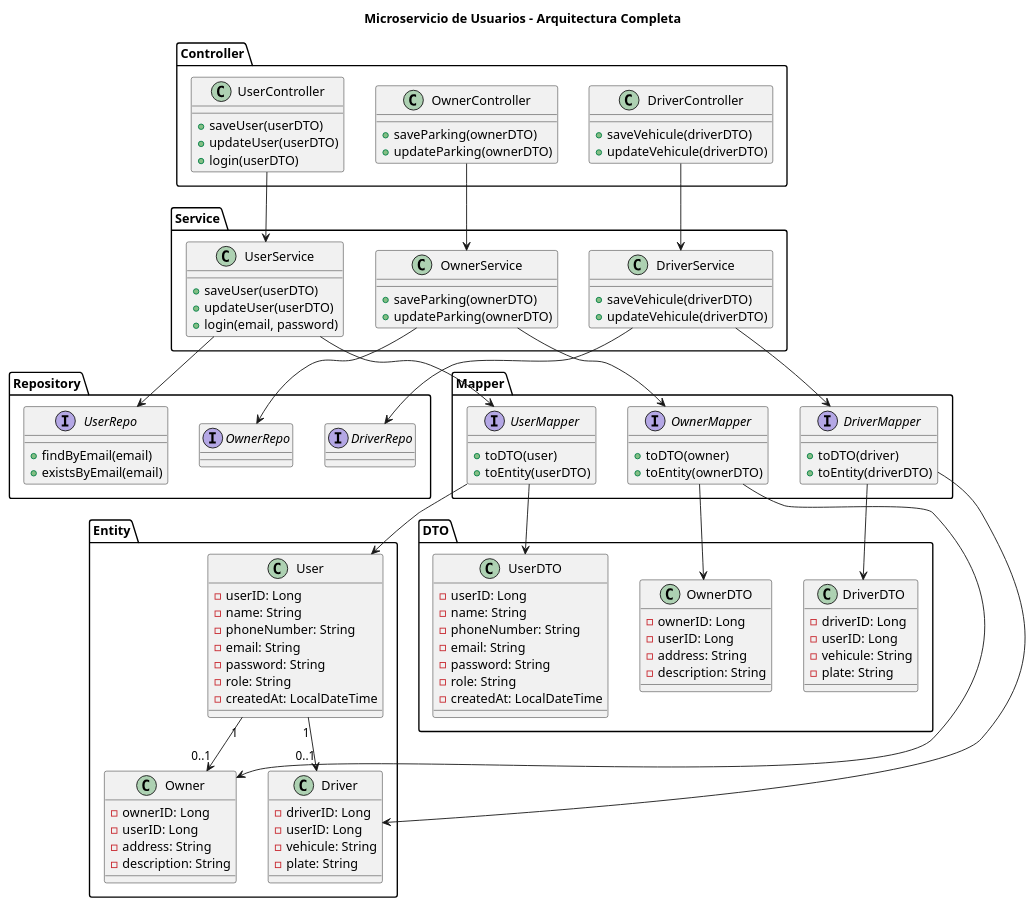
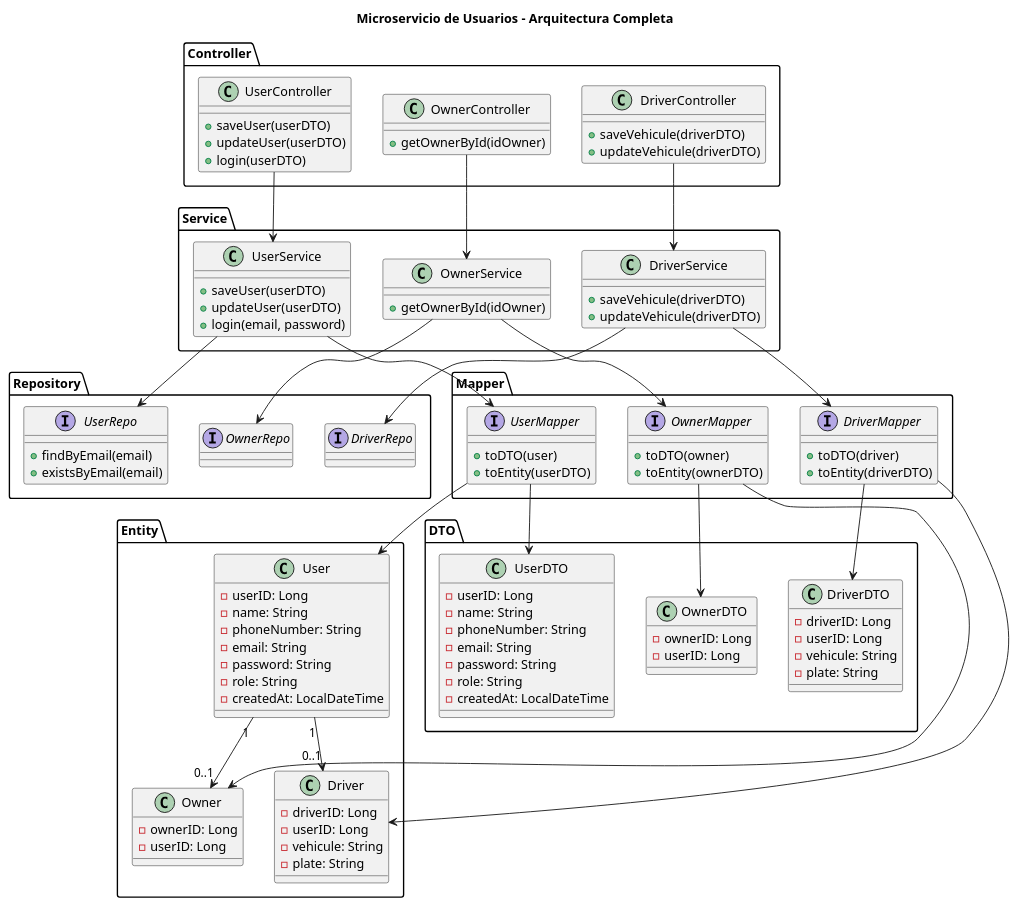
The diagram in user/Diagrama.md (JordiGD/EasyPark), drawn with PlantUML before and after one commit. The commit also changed 35 other files, not shown here.

```diff
--- a/user/Diagrama.md
+++ b/user/Diagrama.md
@@ -17,8 +17,7 @@
   }
 
   class OwnerController {
-    + saveParking(ownerDTO)
-    + updateParking(ownerDTO)
+    + getOwnerById(idOwner)
   }
 }
 
@@ -38,8 +37,7 @@
   }
 
   class OwnerService {
-    + saveParking(ownerDTO)
-    + updateParking(ownerDTO)
+    + getOwnerById(idOwner)
   }
 }
 
@@ -80,8 +78,6 @@
   class Owner {
     - ownerID: Long
     - userID: Long
-    - address: String
-    - description: String
   }
 }
 
@@ -109,8 +105,6 @@
   class OwnerDTO {
     - ownerID: Long
     - userID: Long
-    - address: String
-    - description: String
   }
 }
 
```
